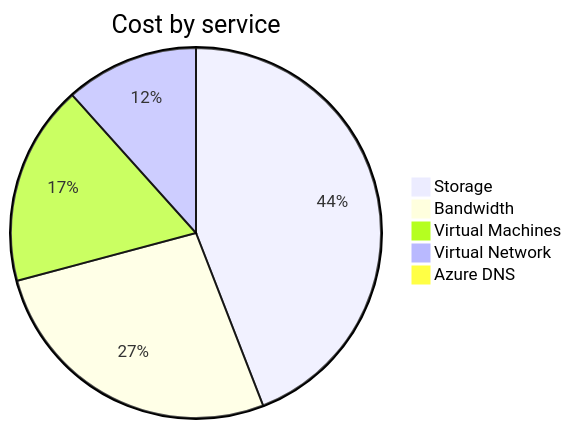
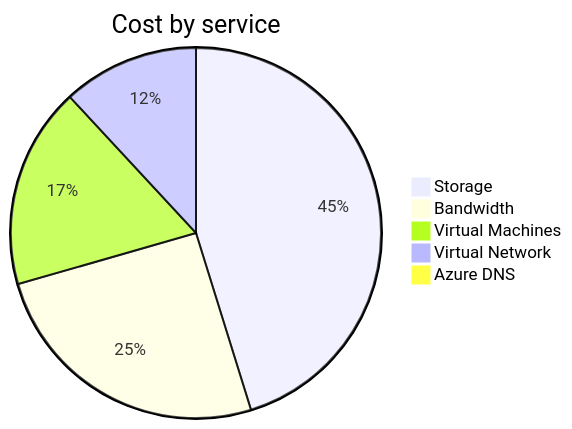
Before and after one commit to jpfulton/azure-personal-reports: the second of 4 diagrams in cost-reports/personal-network/README.md, drawn with Mermaid. The commit also changed other lines of this file and 8 other files, not shown here.

````diff
--- a/cost-reports/personal-network/README.md
+++ b/cost-reports/personal-network/README.md
@@ -95,9 +95,9 @@
 ```mermaid
 pie
    title Cost by service
-   "Storage" : 13.45
+   "Storage" : 14.55
    "Bandwidth" : 8.16
-   "Virtual Machines" : 5.34
-   "Virtual Network" : 3.55
-   "Azure DNS" : 0.24
+   "Virtual Machines" : 5.65
+   "Virtual Network" : 3.83
+   "Azure DNS" : 0.26
 ```
````
